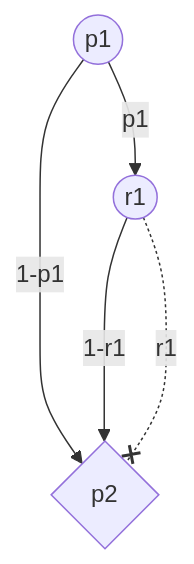
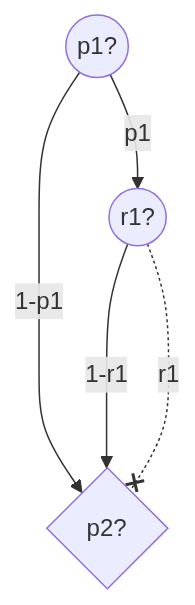
One commit to bfeitknecht/vault changed the first of 5 diagrams in vault/sem2/AuW/UE/cx/bf/cx07-bf.md. Above: the diagram before and after it, drawn with Mermaid. The commit also changed other lines of this file, not shown here.

````diff
--- a/vault/sem2/AuW/UE/cx/bf/cx07-bf.md
+++ b/vault/sem2/AuW/UE/cx/bf/cx07-bf.md
@@ -3,14 +3,14 @@
 ```mermaid
 flowchart TD
 
-id1((p1))
-id2{p2}
-id3((r1))
+id1((p1?))
+id2{p2?}
+id3((r1?))
 
 id1-->|"1-p1"|id2
 id1-->|"p1"|id3
 id3-->|"1-r1"|id2
 id3-..-x|"r1"|id2
 
 
 ```
````
